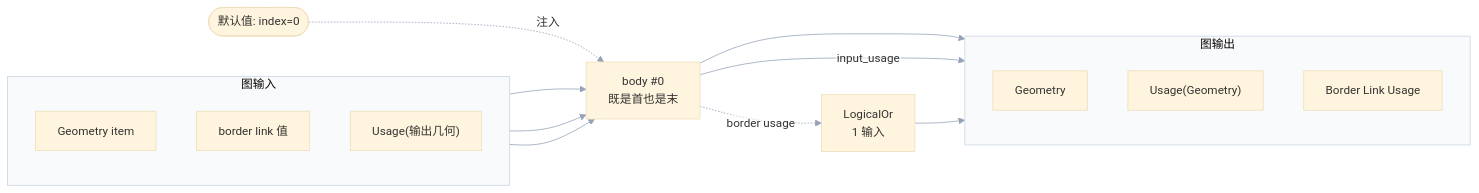
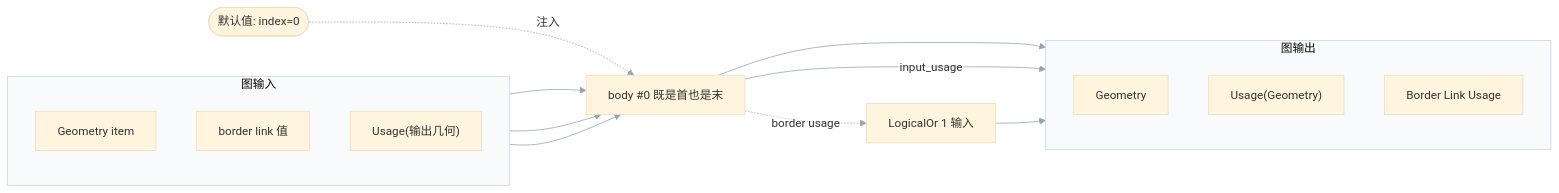
Before and after one commit to yunkezengren/blender-.vscode: the fourth of 5 diagrams in 杂/markdown/重复区域-dsh/03-几何节点执行架构/03-执行图按迭代展开.md, drawn with Mermaid. The commit also changed other lines of this file and 27 other files, not shown here.

````diff
--- a/杂/markdown/重复区域-dsh/03-几何节点执行架构/03-执行图按迭代展开.md
+++ b/杂/markdown/重复区域-dsh/03-几何节点执行架构/03-执行图按迭代展开.md
@@ -1123,30 +1087,30 @@
 ```mermaid
 %%{init: {"theme":"base","themeVariables":{"fontFamily":"\"Segoe UI\",\"Microsoft YaHei\",sans-serif","fontSize":"15px","lineColor":"#94A3B8","edgeLabelBackground":"#FFFFFF","clusterBkg":"#F8FAFC","clusterBorder":"#CBD5E1"},"flowchart":{"htmlLabels":false,"curve":"basis","nodeSpacing":52,"rankSpacing":64,"padding":14,"diagramPadding":16,"useMaxWidth":true},"sequence":{"useMaxWidth":true,"wrap":true,"mirrorActors":false,"messageMargin":36}}}%%
 flowchart LR
     subgraph IN1["图输入"]
         direction TB
         GEO1["Geometry item"]:::input
         BOR1["border link 值"]:::input
         UO1["Usage(输出几何)"]:::input
     end
 
     DEF(["默认值: index=0"]):::data
-    B["body #0<br/>既是首也是末"]:::compute
-    OR1["LogicalOr<br/>1 输入"]:::compute
+    B["body #0 既是首也是末"]:::compute
+    OR1["LogicalOr 1 输入"]:::compute
 
     subgraph OUT1["图输出"]
         direction TB
         OG1["Geometry"]:::result
         OGU1["Usage(Geometry)"]:::result
         OBU1["Border Link Usage"]:::result
     end
 
     GEO1 --> B
     BOR1 --> B
     UO1 --> B
     DEF -.注入.-> B
     B --> OG1
     B -->|"input_usage"| OGU1
     B -.->|"border usage"| OR1
     OR1 --> OBU1
 ```
````
